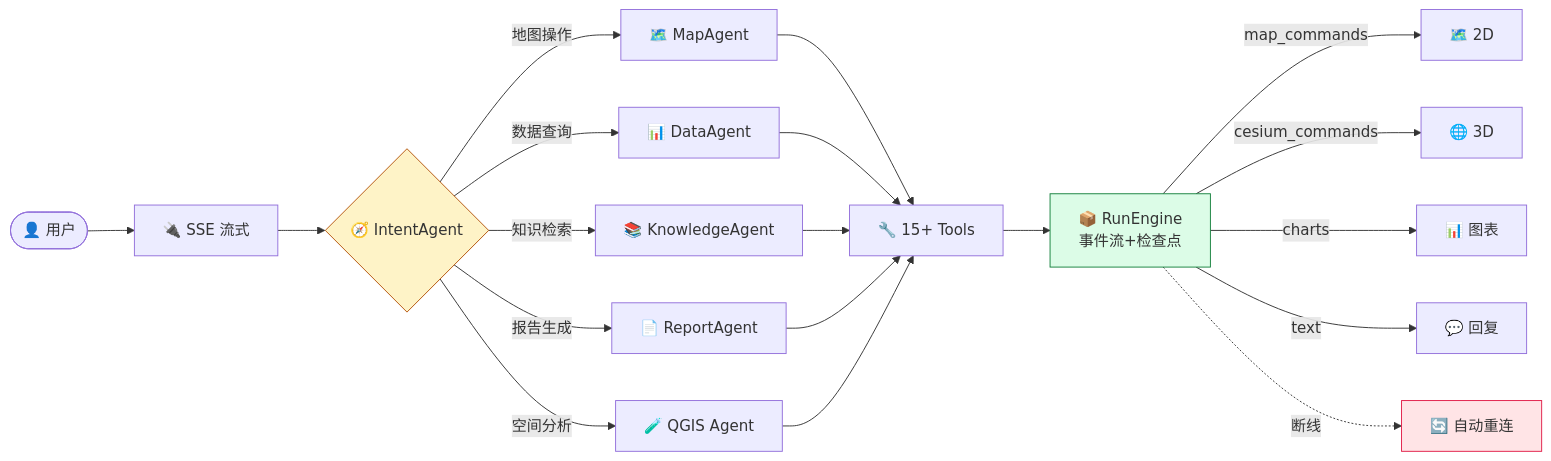
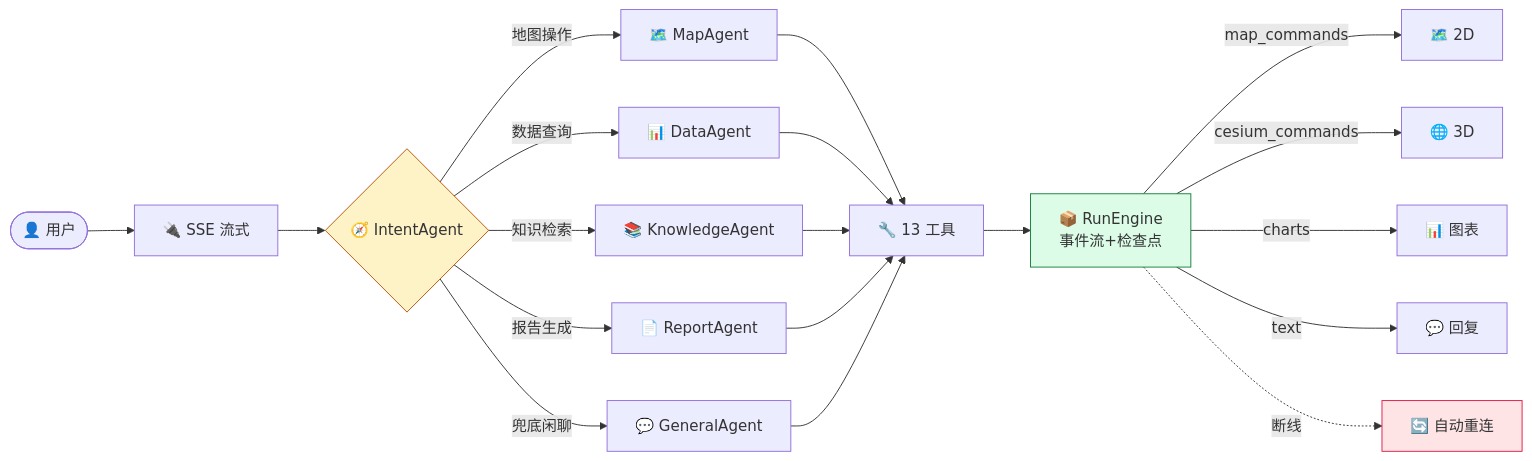
Before and after one commit to PotatoH-cmd/Smart_Map: the second of 2 diagrams in README.md, drawn with Mermaid. The commit also changed other lines of this file, not shown here.

````diff
--- a/README.md
+++ b/README.md
@@ -182,20 +211,20 @@
 ```mermaid
 flowchart LR
     U(["👤 用户"]) --> SSE["🔌 SSE 流式"] --> I{"🧭 IntentAgent"}
     I -->|"地图操作"| MA["🗺️ MapAgent"]
     I -->|"数据查询"| DA["📊 DataAgent"]
     I -->|"知识检索"| KA["📚 KnowledgeAgent"]
     I -->|"报告生成"| RA["📄 ReportAgent"]
-    I -->|"空间分析"| QA["🧪 QGIS Agent"]
-    MA & DA & KA & RA & QA --> T["🔧 15+ Tools"]
+    I -->|"兜底闲聊"| GA["💬 GeneralAgent"]
+    MA & DA & KA & RA & GA --> T["🔧 13 工具"]
     T --> R["📦 RunEngine<br/>事件流+检查点"]
     R -->|"map_commands"| M2D["🗺️ 2D"]
     R -->|"cesium_commands"| M3D["🌐 3D"]
     R -->|"charts"| CH["📊 图表"]
     R -->|"text"| TX["💬 回复"]
     R -.->|"断线"| RC["🔄 自动重连"]
 
     style I fill:#fef3c7,stroke:#b45309
     style R fill:#dcfce7,stroke:#15803d
     style RC fill:#ffe4e6,stroke:#e11d48
 ```
````
